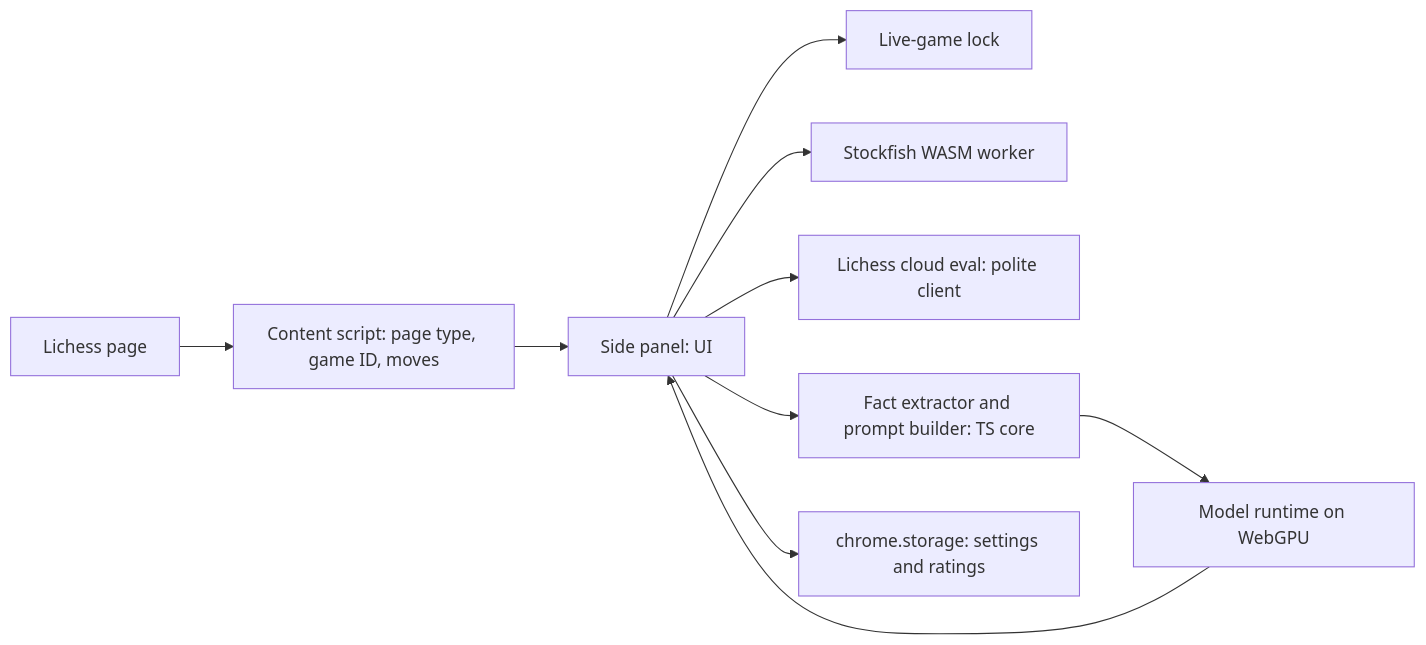
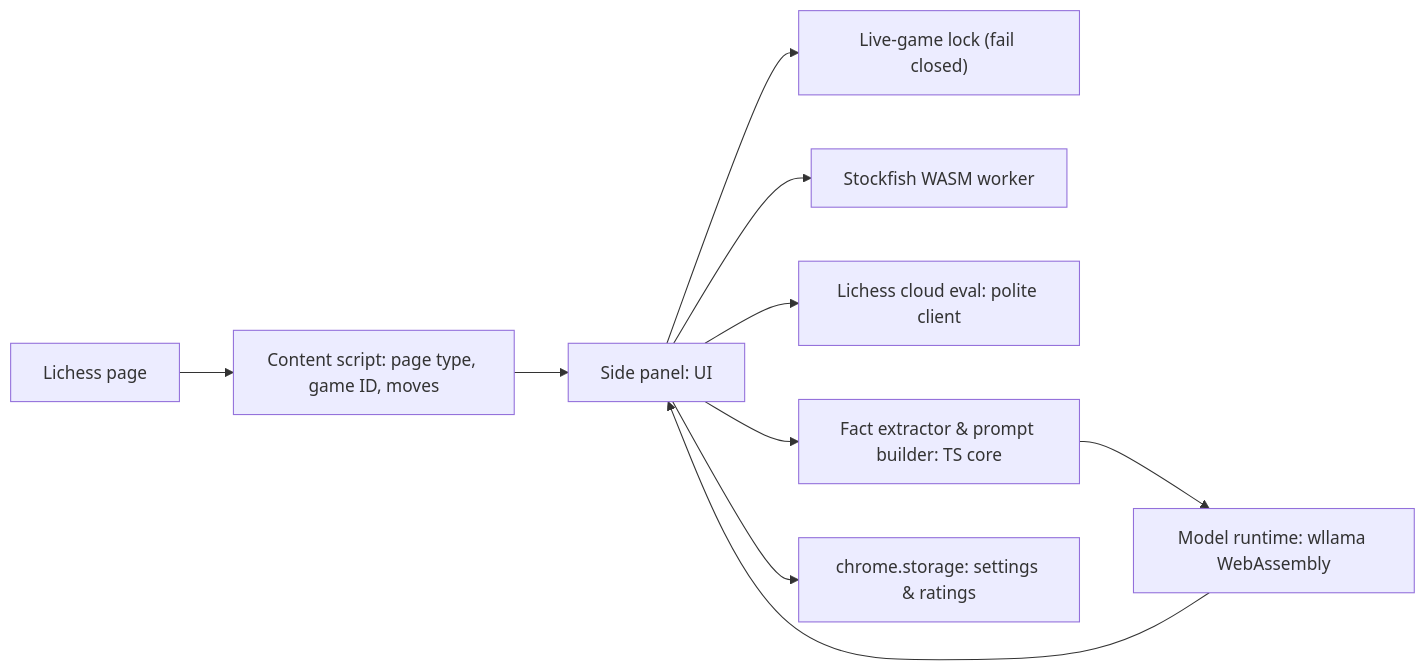
Before and after one commit to kleinebossie/second: the second of 3 diagrams in PLAN.md, drawn with Mermaid. The commit also changed other lines of this file and 94 other files, not shown here.

````diff
--- a/PLAN.md
+++ b/PLAN.md
@@ -466,12 +472,12 @@
 ```mermaid
 flowchart LR
     LP["Lichess page"] --> CS["Content script: page type, game ID, moves"]
     CS --> SP["Side panel: UI"]
-    SP --> LOCK["Live-game lock"]
+    SP --> LOCK["Live-game lock (fail closed)"]
     SP --> SF["Stockfish WASM worker"]
     SP --> CE["Lichess cloud eval: polite client"]
-    SP --> FX["Fact extractor and prompt builder: TS core"]
-    FX --> LLM["Model runtime on WebGPU"]
+    SP --> FX["Fact extractor & prompt builder: TS core"]
+    FX --> LLM["Model runtime: wllama WebAssembly"]
     LLM --> SP
-    SP --> ST["chrome.storage: settings and ratings"]
+    SP --> ST["chrome.storage: settings & ratings"]
 ```
````
